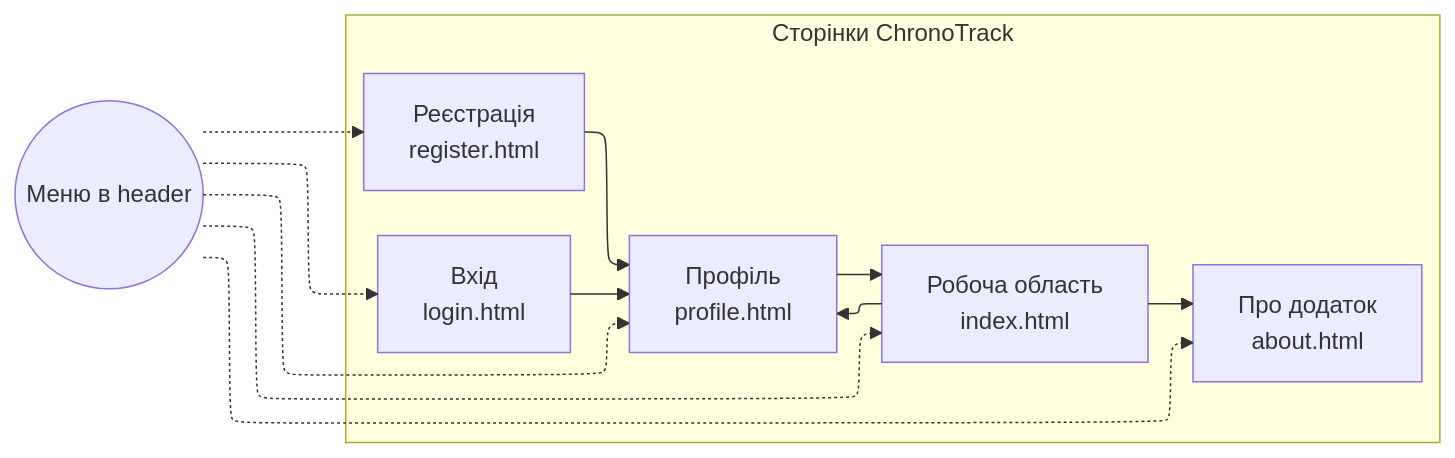
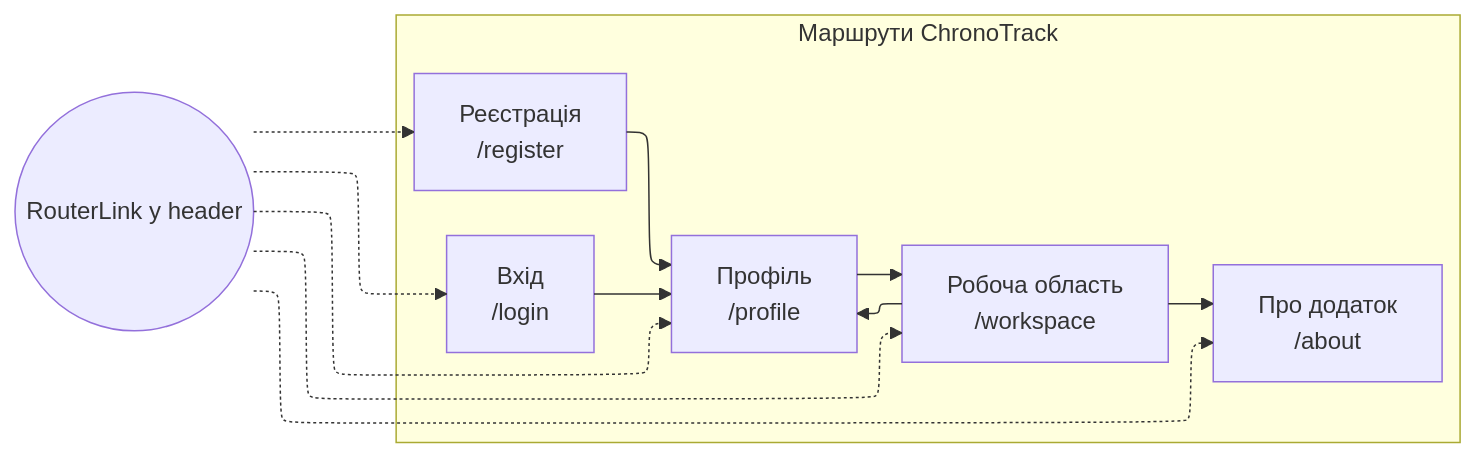
One commit to PR0TX/Web-design changed the first of 3 diagrams in README.md. Above: the diagram before and after it, drawn with Mermaid. The commit also changed other lines of this file and 21 other files, not shown here.

````diff
--- a/README.md
+++ b/README.md
@@ -67,19 +69,19 @@
 ```mermaid
 ---
 config:
   layout: elk
 ---
 flowchart LR
- subgraph Pages["Сторінки ChronoTrack"]
-        W["Робоча область<br>index.html"]
-        P["Профіль<br>profile.html"]
-        A["Про додаток<br>about.html"]
-        L["Вхід<br>login.html"]
-        R["Реєстрація<br>register.html"]
+ subgraph Pages["Маршрути ChronoTrack"]
+        W["Робоча область<br>/workspace"]
+        P["Профіль<br>/profile"]
+        A["Про додаток<br>/about"]
+        L["Вхід<br>/login"]
+        R["Реєстрація<br>/register"]
   end
     W --> A & P
     P --> W
     L --> P
     R --> P
-    M(("Меню в header")) -.-> W & P & A & L & R
+    M(("RouterLink у header")) -.-> W & P & A & L & R
 ```
````
